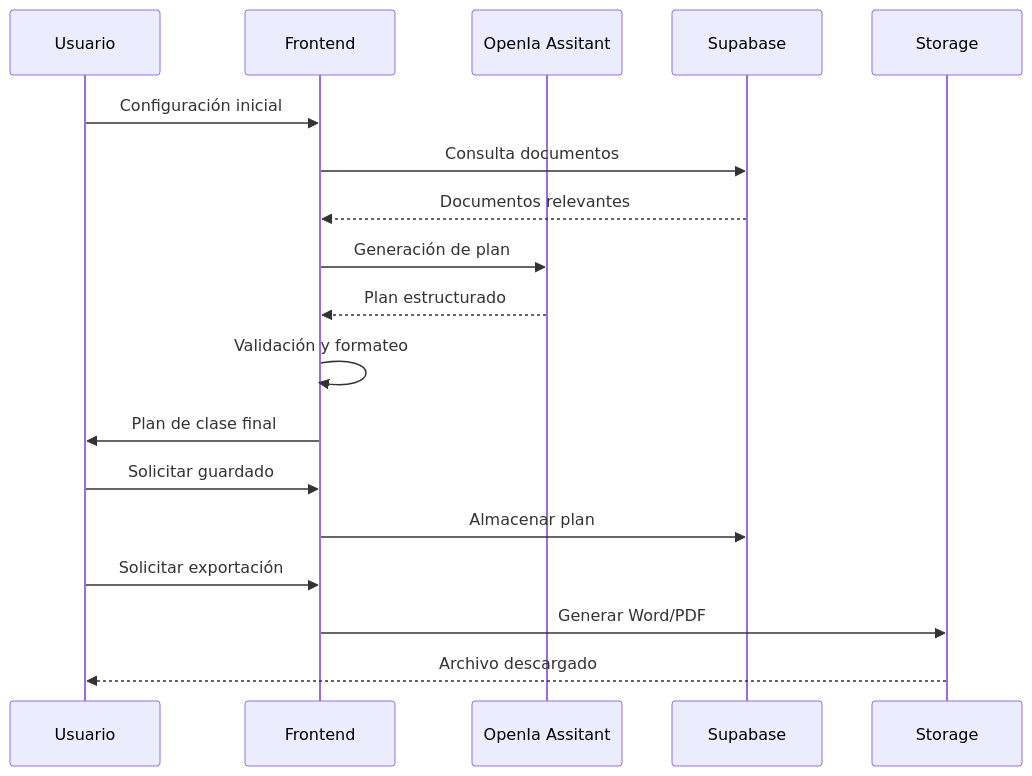
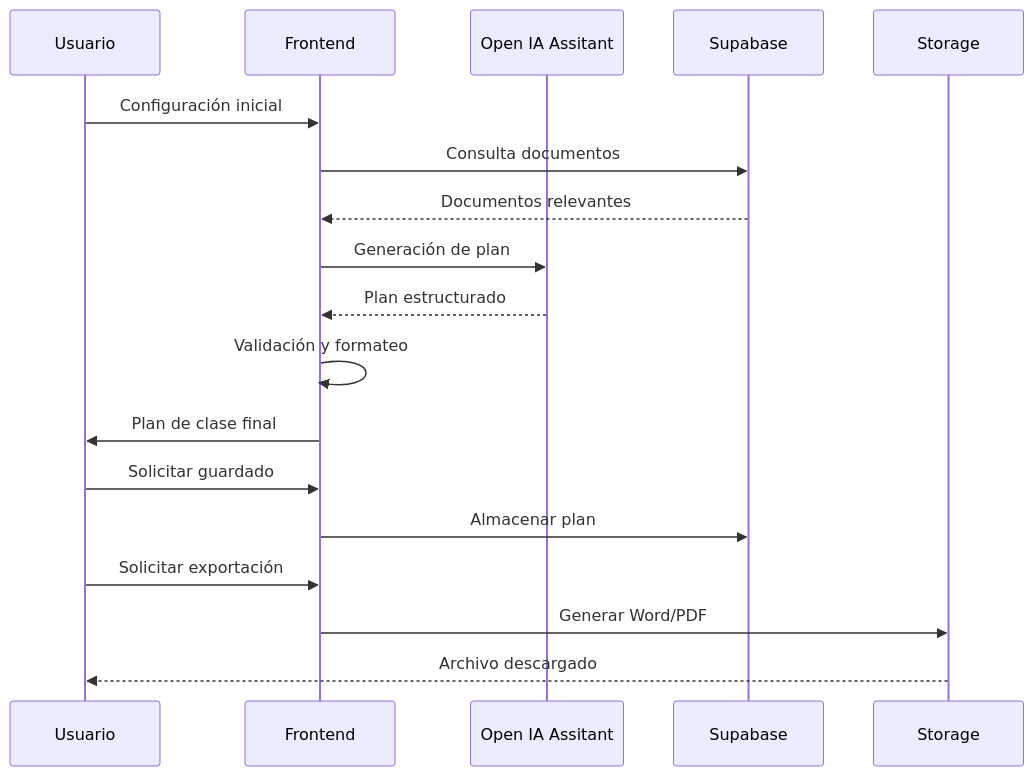
Before and after one commit to Curriaga2002/tutor-agente-ia: the second of 6 diagrams in README.md, drawn with Mermaid. The commit also changed other lines of this file, not shown here.

````diff
--- a/README.md
+++ b/README.md
@@ -147,21 +147,21 @@
 ```mermaid
 sequenceDiagram
     participant U as Usuario
     participant F as Frontend
-    participant AI as OpenIa Assitant
+    participant AI as Open IA Assitant
     participant DB as Supabase
     participant S as Storage
     
     U->>F: Configuración inicial
     F->>DB: Consulta documentos
     DB-->>F: Documentos relevantes
     F->>AI: Generación de plan
     AI-->>F: Plan estructurado
     F->>F: Validación y formateo
     F->>U: Plan de clase final
     U->>F: Solicitar guardado
     F->>DB: Almacenar plan
     U->>F: Solicitar exportación
     F->>S: Generar Word/PDF
     S-->>U: Archivo descargado
 ```
````
